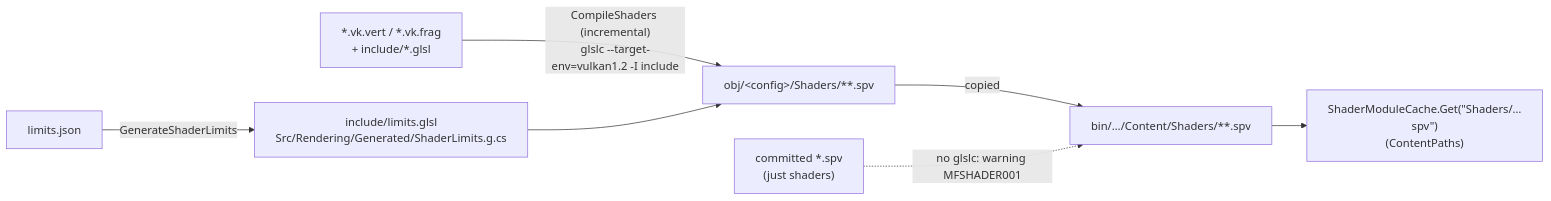
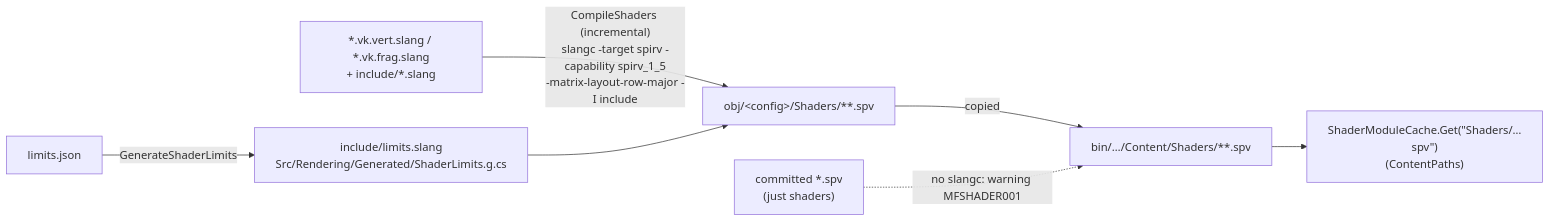
One commit to Mainframe-Games/mainframe-engine changed the diagram in docs/design/shaders.md. Above: the diagram before and after it, drawn with Mermaid. The commit also changed other lines of this file and 201 other files, not shown here.

First line of the commit message:
Slang is the engine's shader language (ADR 0144) (#30)

````diff
--- a/docs/design/shaders.md
+++ b/docs/design/shaders.md
@@ -13,9 +14,9 @@
 ```mermaid
 flowchart LR
-    J["limits.json"] -->|GenerateShaderLimits| L["include/limits.glsl<br/>Src/Rendering/Generated/ShaderLimits.g.cs"]
-    A["*.vk.vert / *.vk.frag<br/>+ include/*.glsl"] -->|"CompileShaders (incremental)<br/>glslc --target-env=vulkan1.2 -I include"| S["obj/&lt;config&gt;/Shaders/**.spv"]
+    J["limits.json"] -->|GenerateShaderLimits| L["include/limits.slang<br/>Src/Rendering/Generated/ShaderLimits.g.cs"]
+    A["*.vk.vert.slang / *.vk.frag.slang<br/>+ include/*.slang"] -->|"CompileShaders (incremental)<br/>slangc -target spirv -capability spirv_1_5<br/>-matrix-layout-row-major -I include"| S["obj/&lt;config&gt;/Shaders/**.spv"]
     L --> S
     S -->|copied| O["bin/…/Content/Shaders/**.spv"]
-    C["committed *.spv<br/>(just shaders)"] -.->|"no glslc: warning MFSHADER001"| O
+    C["committed *.spv<br/>(just shaders)"] -.->|"no slangc: warning MFSHADER001"| O
     O --> R["ShaderModuleCache.Get(&quot;Shaders/…spv&quot;)<br/>(ContentPaths)"]
 ```
````
